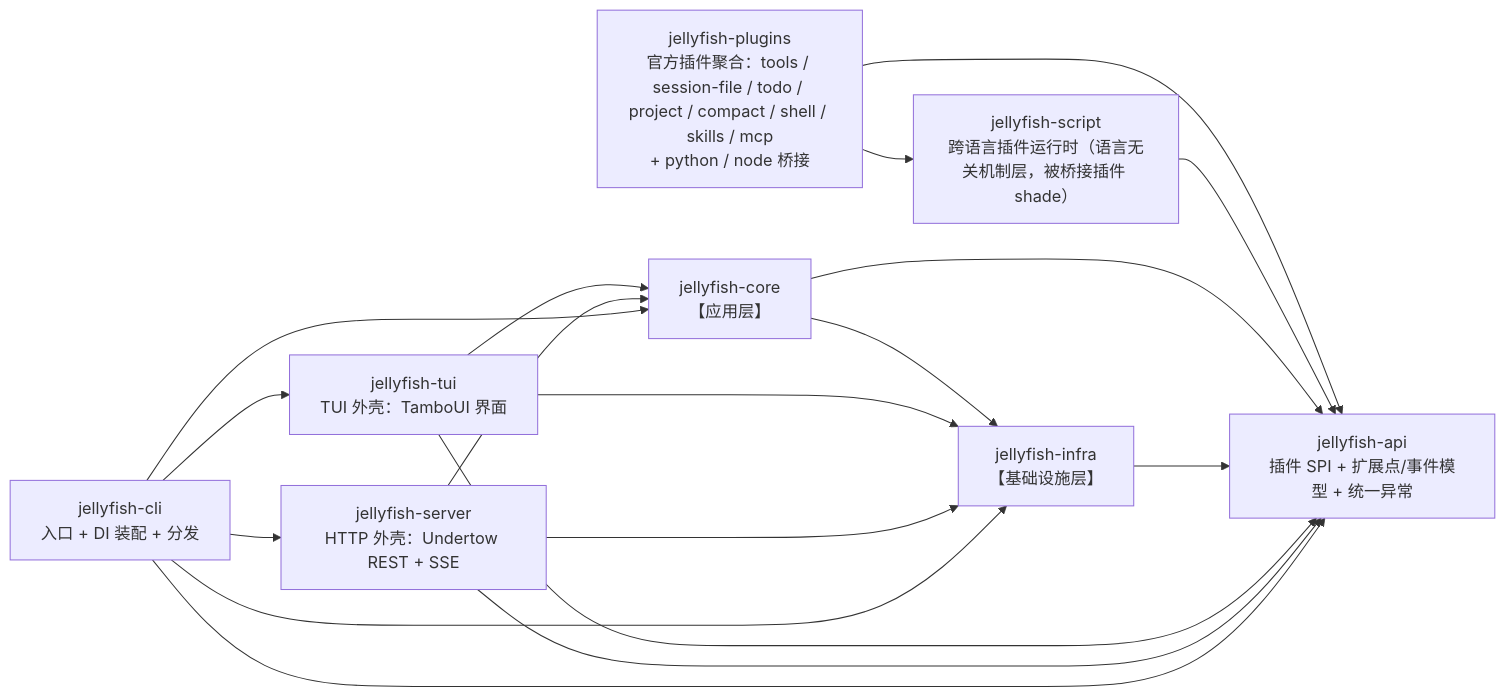
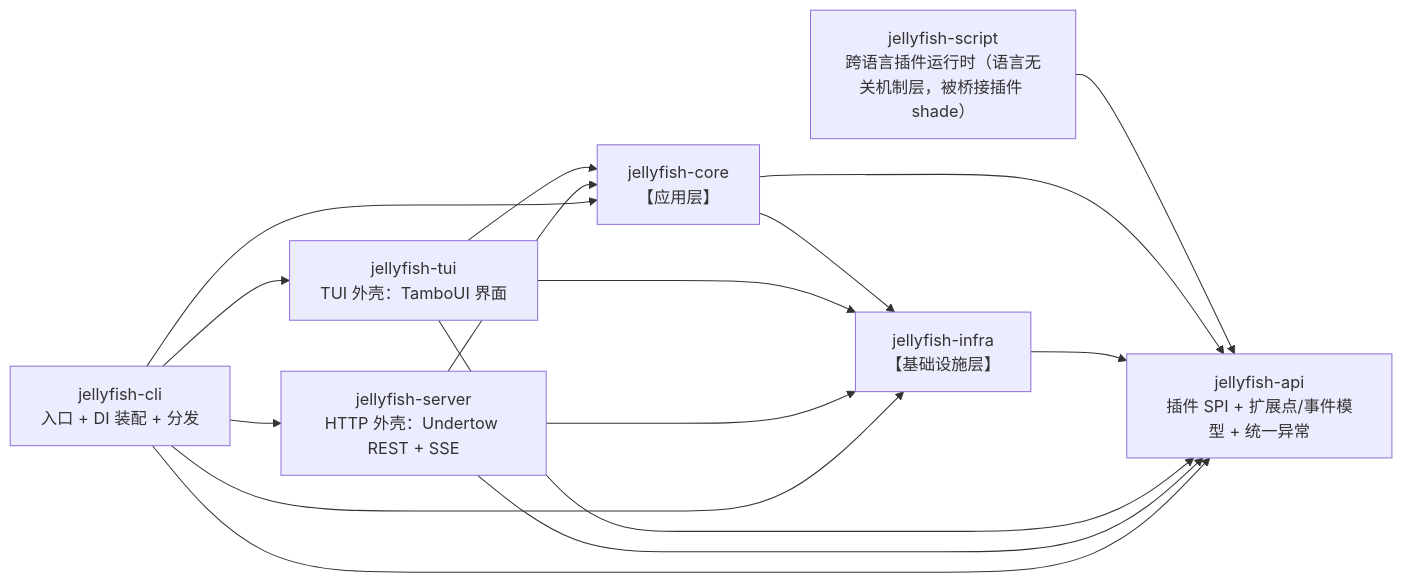
Before and after one commit to zcd0831/Jellyfish: the second of 2 diagrams in AGENTS.md, drawn with Mermaid. The commit also changed other lines of this file and 1 other file, not shown here.

````diff
--- a/AGENTS.md
+++ b/AGENTS.md
@@ -190,29 +188,26 @@
 ```mermaid
 flowchart LR
     API["jellyfish-api<br>插件 SPI + 扩展点/事件模型 + 统一异常"]
-    PLUGINS["jellyfish-plugins<br>官方插件聚合：tools / session-file / todo / project / compact / shell / skills / mcp<br>+ python / node 桥接"]
     SCRIPT["jellyfish-script<br>跨语言插件运行时（语言无关机制层，被桥接插件 shade）"]
     INFRA["jellyfish-infra<br>【基础设施层】"]
     CORE["jellyfish-core<br>【应用层】"]
     TUI["jellyfish-tui<br>TUI 外壳：TamboUI 界面"]
     SERVER["jellyfish-server<br>HTTP 外壳：Undertow REST + SSE"]
     CLI["jellyfish-cli<br>入口 + DI 装配 + 分发"]
 
-    PLUGINS --> API
-    PLUGINS --> SCRIPT
     SCRIPT --> API
     CORE --> API
     CORE --> INFRA
     INFRA --> API
     TUI --> CORE
     TUI --> INFRA
     TUI --> API
     SERVER --> CORE
     SERVER --> INFRA
     SERVER --> API
     CLI --> CORE
     CLI --> INFRA
     CLI --> API
     CLI --> TUI
     CLI --> SERVER
 ```
````
